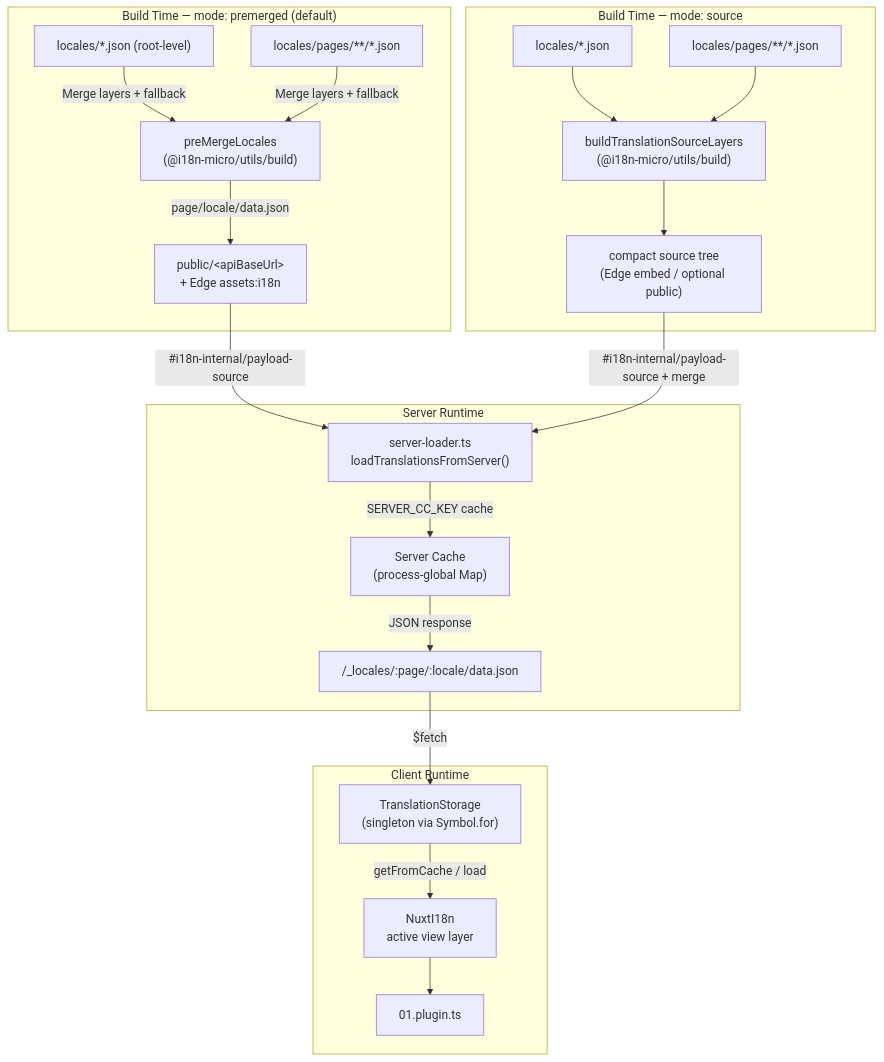
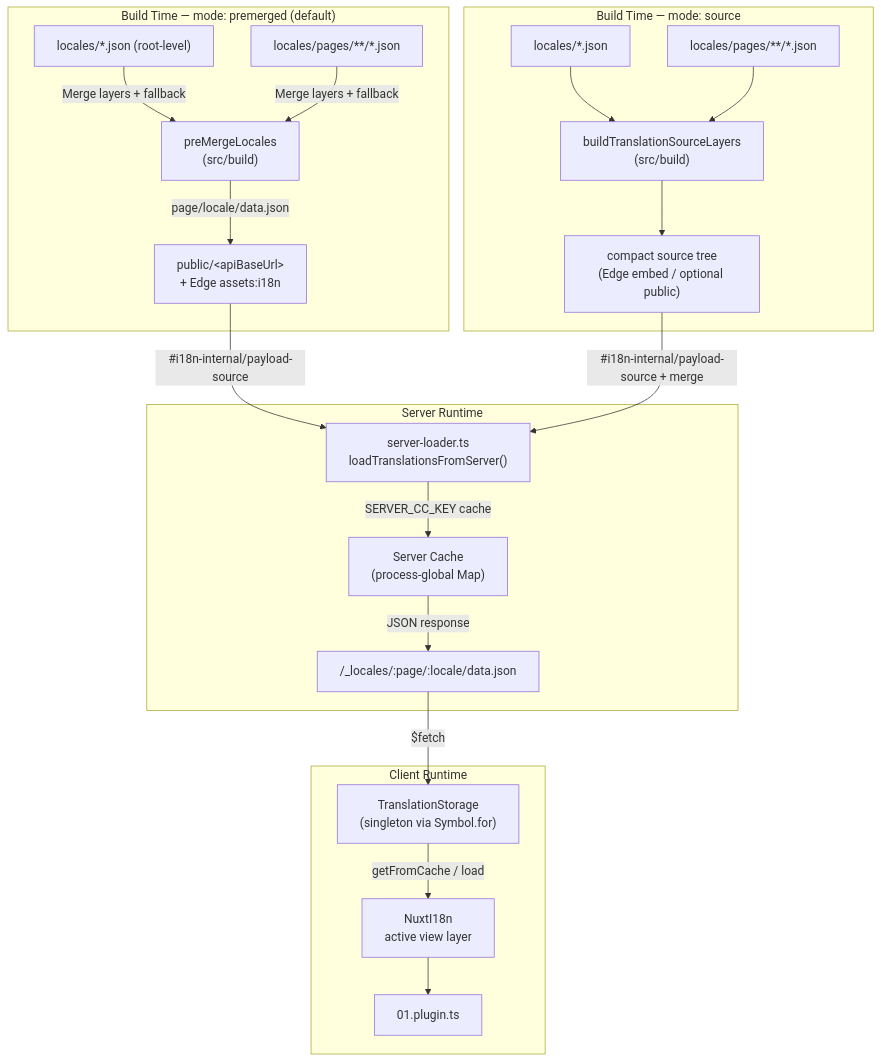
One commit to s00d/nuxt-i18n-micro changed the diagram in docs/api/i18n-cache-api.md. Above: the diagram before and after it, drawn with Mermaid. The commit also changed other lines of this file and 1 other file, not shown here.

Commit message:
fix(utils): publish suite tests only the subpaths utils still exports; cache docs point at src/build

````diff
--- a/docs/api/i18n-cache-api.md
+++ b/docs/api/i18n-cache-api.md
@@ -21,27 +21,27 @@
 ```mermaid
 flowchart TB
     subgraph BuildPremerged["Build Time — mode: premerged (default)"]
-        F1["locales/*.json (root-level)"] -->|Merge layers + fallback| PM["preMergeLocales<br/>(@i18n-micro/utils/build)"]
+        F1["locales/*.json (root-level)"] -->|Merge layers + fallback| PM["preMergeLocales<br/>(src/build)"]
         F2["locales/pages/**/*.json"] -->|Merge layers + fallback| PM
         PM -->|"page/locale/data.json"| OUT1["public/&lt;apiBaseUrl&gt;<br/>+ Edge assets:i18n"]
     end
 
     subgraph BuildSource["Build Time — mode: source"]
-        SF1["locales/*.json"] --> SLayers["buildTranslationSourceLayers<br/>(@i18n-micro/utils/build)"]
+        SF1["locales/*.json"] --> SLayers["buildTranslationSourceLayers<br/>(src/build)"]
         SF2["locales/pages/**/*.json"] --> SLayers
         SLayers --> OUT2["compact source tree<br/>(Edge embed / optional public)"]
     end
 
     subgraph Server["Server Runtime"]
         OUT1 -->|"#i18n-internal/payload-source"| SL["server-loader.ts<br/>loadTranslationsFromServer()"]
         OUT2 -->|"#i18n-internal/payload-source + merge"| SL
         SL -->|SERVER_CC_KEY cache| SC["Server Cache<br/>(process-global Map)"]
         SC -->|JSON response| API["/_locales/:page/:locale/data.json"]
     end
 
     subgraph Client["Client Runtime"]
         API -->|$fetch| TS["TranslationStorage<br/>(singleton via Symbol.for)"]
         TS -->|getFromCache / load| NI["NuxtI18n<br/>active view layer"]
         NI --> PL["01.plugin.ts"]
     end
 ```
````
